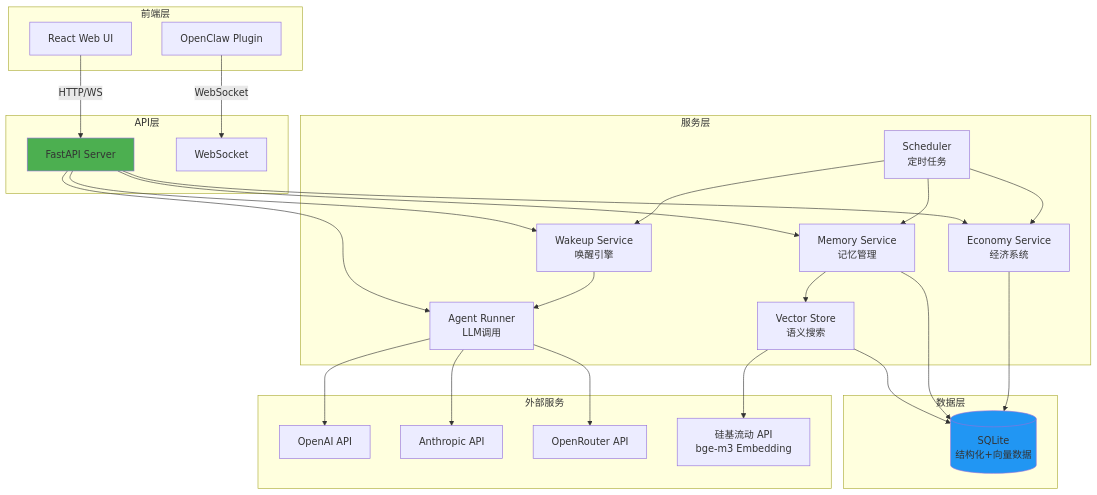
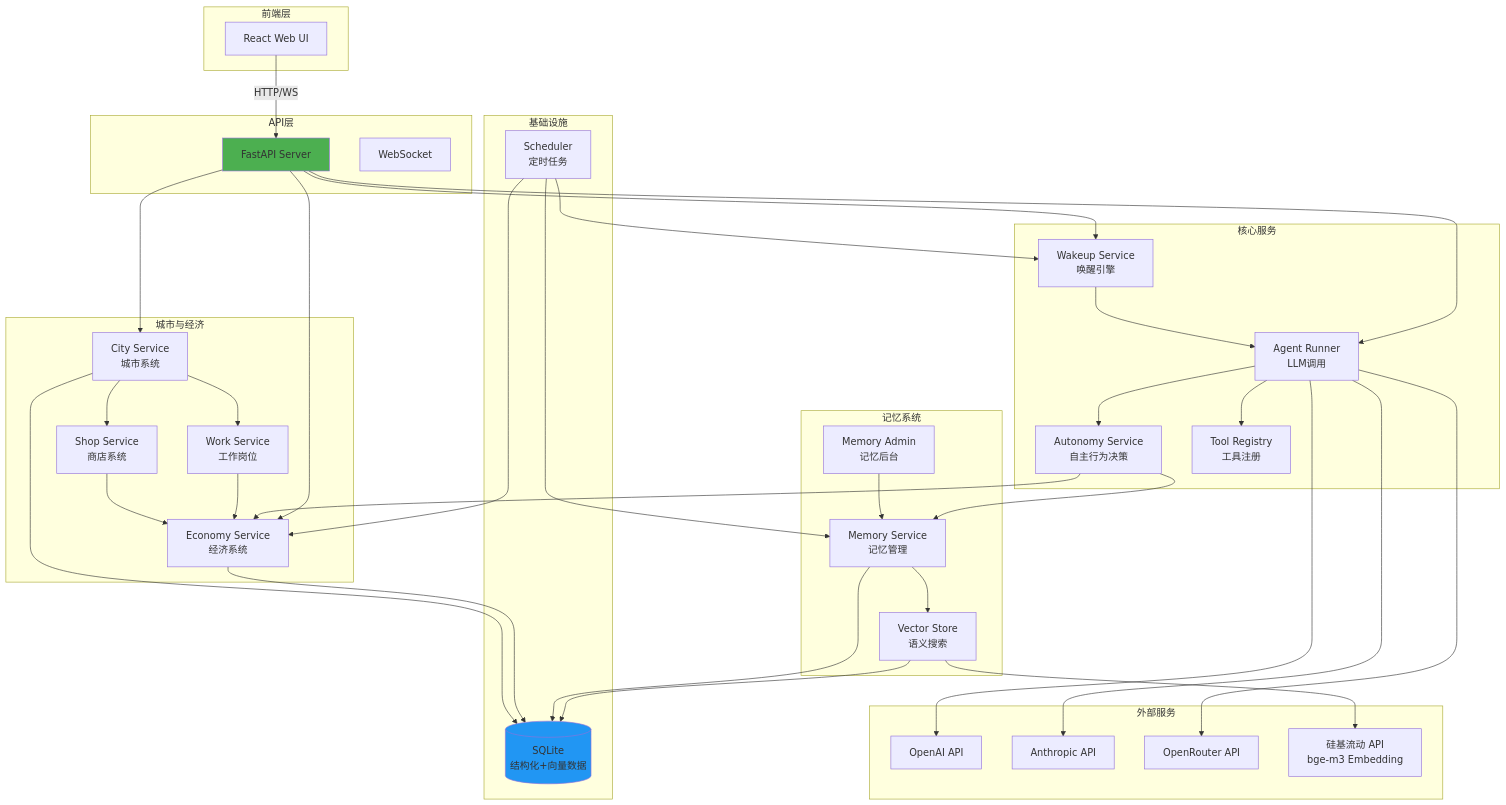
Before and after one commit to Libotry/cat_agent: the diagram in README.md, drawn with Mermaid.

Commit message:
docs: README 架构图更新 — 补全 M3-M5 新增服务模块，去掉不存在的 Plugin

````diff
--- a/README.md
+++ b/README.md
@@ -130,57 +130,80 @@
 ```mermaid
 graph TB
     subgraph "前端层"
         Web[React Web UI]
-        Plugin[OpenClaw Plugin]
     end
 
     subgraph "API层"
         FastAPI[FastAPI Server]
         WS[WebSocket]
     end
 
-    subgraph "服务层"
+    subgraph "核心服务"
         AgentRunner[Agent Runner<br/>LLM调用]
+        AutonomyService[Autonomy Service<br/>自主行为决策]
         WakeupService[Wakeup Service<br/>唤醒引擎]
-        MemoryService[Memory Service<br/>记忆管理]
-        EconomyService[Economy Service<br/>经济系统]
-        VectorStore[Vector Store<br/>语义搜索]
-        Scheduler[Scheduler<br/>定时任务]
+        ToolRegistry[Tool Registry<br/>工具注册]
     end
 
-    subgraph "数据层"
+    subgraph "城市与经济"
+        CityService[City Service<br/>城市系统]
+        WorkService[Work Service<br/>工作岗位]
+        ShopService[Shop Service<br/>商店系统]
+        EconomyService[Economy Service<br/>经济系统]
+    end
+
+    subgraph "记忆系统"
+        MemoryService[Memory Service<br/>记忆管理]
+        MemoryAdmin[Memory Admin<br/>记忆后台]
+        VectorStore[Vector Store<br/>语义搜索]
+    end
+
+    subgraph "基础设施"
+        Scheduler[Scheduler<br/>定时任务]
         SQLite[(SQLite<br/>结构化+向量数据)]
     end
 
     subgraph "外部服务"
         OpenAI[OpenAI API]
         Anthropic[Anthropic API]
         OpenRouter[OpenRouter API]
         SiliconFlow[硅基流动 API<br/>bge-m3 Embedding]
     end
 
     Web -->|HTTP/WS| FastAPI
-    Plugin -->|WebSocket| WS
     FastAPI --> AgentRunner
     FastAPI --> WakeupService
-    FastAPI --> MemoryService
+    FastAPI --> CityService
     FastAPI --> EconomyService
 
+    AgentRunner --> AutonomyService
+    AgentRunner --> ToolRegistry
     AgentRunner --> OpenAI
     AgentRunner --> Anthropic
     AgentRunner --> OpenRouter
 
+    AutonomyService --> MemoryService
+    AutonomyService --> EconomyService
     WakeupService --> AgentRunner
+
+    CityService --> WorkService
+    CityService --> ShopService
+    WorkService --> EconomyService
+    ShopService --> EconomyService
+
     MemoryService --> VectorStore
+    MemoryAdmin --> MemoryService
     VectorStore --> SQLite
     VectorStore --> SiliconFlow
 
     MemoryService --> SQLite
     EconomyService --> SQLite
+    CityService --> SQLite
+
     Scheduler --> EconomyService
     Scheduler --> MemoryService
     Scheduler --> WakeupService
 
     style FastAPI fill:#4CAF50
     style SQLite fill:#2196F3
 ```
````
